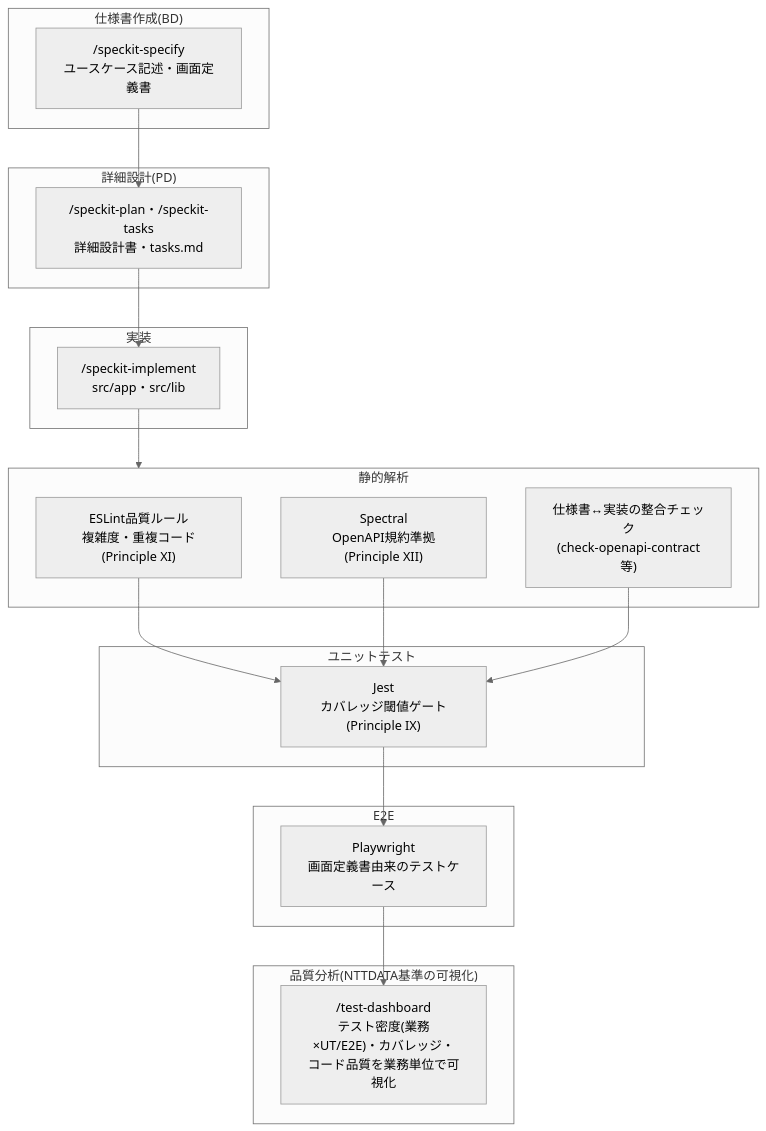
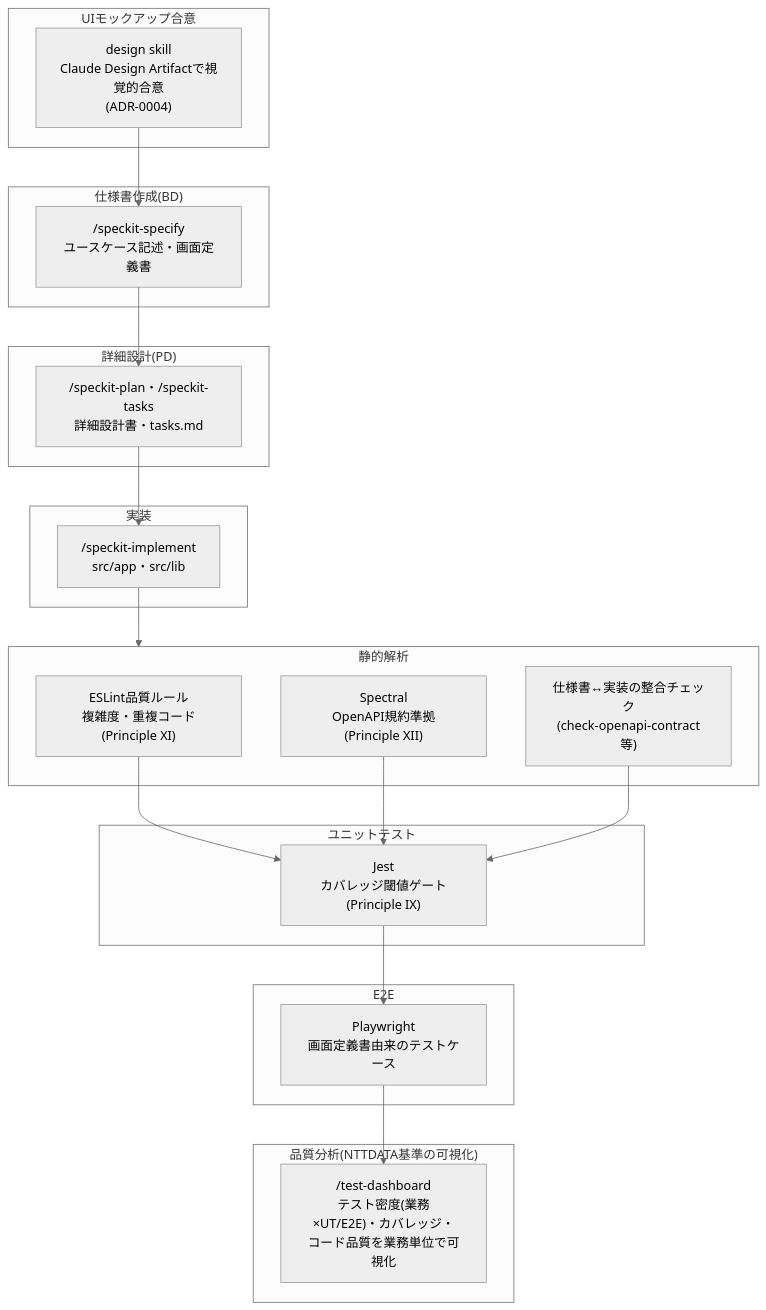
One commit to shimazakis0523/Nextjs-Sample changed the first of 2 diagrams in doc/common/開発サイクル図.md. Above: the diagram before and after it, drawn with Mermaid (neutral theme). The commit also changed other lines of this file and 30 other files, not shown here.

````diff
--- a/doc/common/開発サイクル図.md
+++ b/doc/common/開発サイクル図.md
@@ -19,32 +20,35 @@
 ```mermaid
 flowchart TD
+    subgraph MOCKUP["UIモックアップ合意"]
+        design["design skill<br/>Claude Design Artifactで視覚的合意<br/>(ADR-0004)"]
+    end
     subgraph BD["仕様書作成(BD)"]
         specify["/speckit-specify<br/>ユースケース記述・画面定義書"]
     end
     subgraph PD["詳細設計(PD)"]
         plan["/speckit-plan・/speckit-tasks<br/>詳細設計書・tasks.md"]
     end
     subgraph IMPL["実装"]
         implement["/speckit-implement<br/>src/app・src/lib"]
     end
     subgraph STATIC["静的解析"]
         eslint["ESLint品質ルール<br/>複雑度・重複コード(Principle XI)"]
         spectral["Spectral<br/>OpenAPI規約準拠(Principle XII)"]
         specsync["仕様書↔実装の整合チェック<br/>(check-openapi-contract等)"]
     end
     subgraph UT["ユニットテスト"]
         jest["Jest<br/>カバレッジ閾値ゲート(Principle IX)"]
     end
     subgraph E2E["E2E"]
         playwright["Playwright<br/>画面定義書由来のテストケース"]
     end
     subgraph QA["品質分析(NTTDATA基準の可視化)"]
         dashboard["/test-dashboard<br/>テスト密度(業務×UT/E2E)・カバレッジ・<br/>コード品質を業務単位で可視化"]
     end
 
-    specify --> plan --> implement --> STATIC
+    design --> specify --> plan --> implement --> STATIC
     eslint --> jest
     spectral --> jest
     specsync --> jest
     jest --> playwright --> dashboard
 ```
````
